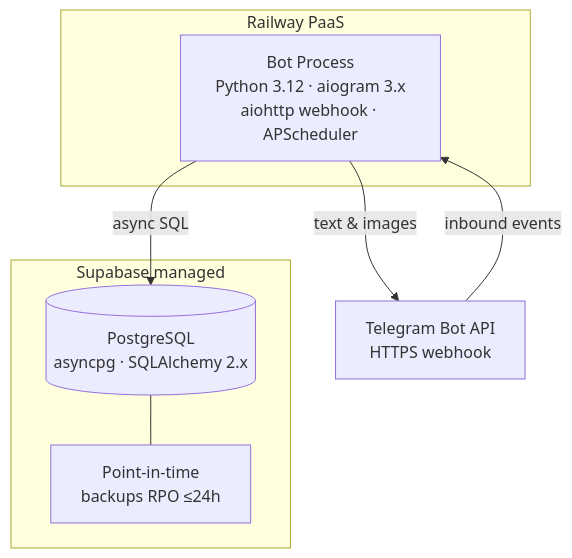
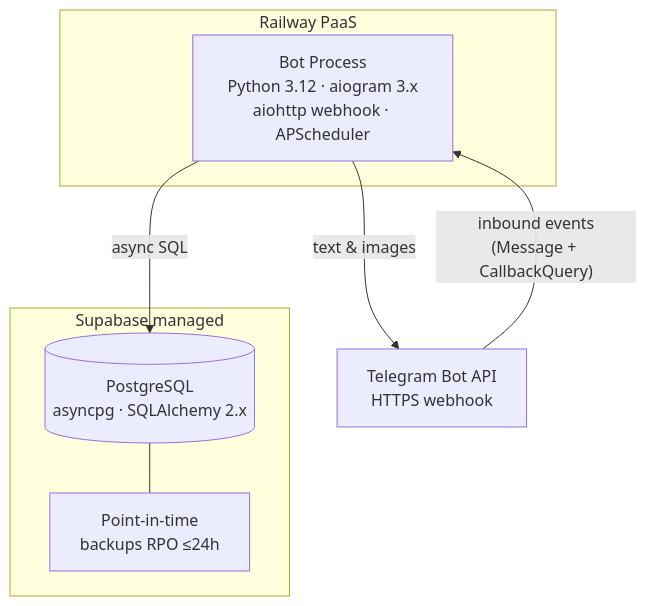
Before and after one commit to OpochanskyAlex/checkpoint_recorder: the second of 3 diagrams in docs/architecture/overview.md, drawn with Mermaid. The commit also changed other lines of this file and 22 other files, not shown here.

````diff
--- a/docs/architecture/overview.md
+++ b/docs/architecture/overview.md
@@ -43,14 +44,14 @@
 ```mermaid
 graph TB
   subgraph "Railway PaaS"
     BOT["Bot Process\nPython 3.12 · aiogram 3.x\naiohttp webhook · APScheduler"]
   end
   subgraph "Supabase managed"
     PG[("PostgreSQL\nasyncpg · SQLAlchemy 2.x")]
     BCK["Point-in-time\nbackups RPO ≤24h"]
   end
-  TGA["Telegram Bot API\nHTTPS webhook"] -->|"inbound events"| BOT
+  TGA["Telegram Bot API\nHTTPS webhook"] -->|"inbound events\n(Message + CallbackQuery)"| BOT
   BOT -->|"text & images"| TGA
   BOT -->|"async SQL"| PG
   PG --- BCK
 ```
````
